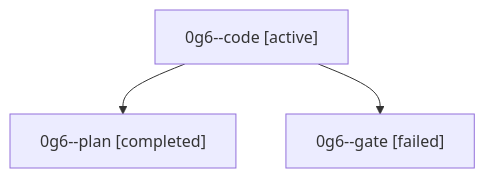
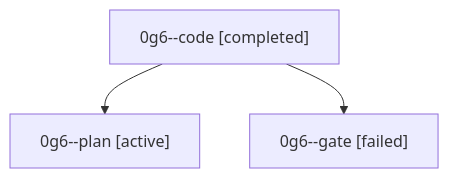
The diagram in families/bbugyi200.athena.0g6.md (sase-org/sase--agents), drawn with Mermaid before and after one commit. The commit also changed other lines of this file and 35830 other files, not shown here.

````diff
--- a/families/bbugyi200.athena.0g6.md
+++ b/families/bbugyi200.athena.0g6.md
@@ -9,8 +9,8 @@
 ```mermaid
 flowchart TD
-  n0["0g6--code [active]"]
-  n1["0g6--plan [completed]"]
+  n0["0g6--code [completed]"]
+  n1["0g6--plan [active]"]
   n0 --> n1
   n2["0g6--gate [failed]"]
   n0 --> n2
 ```
````
